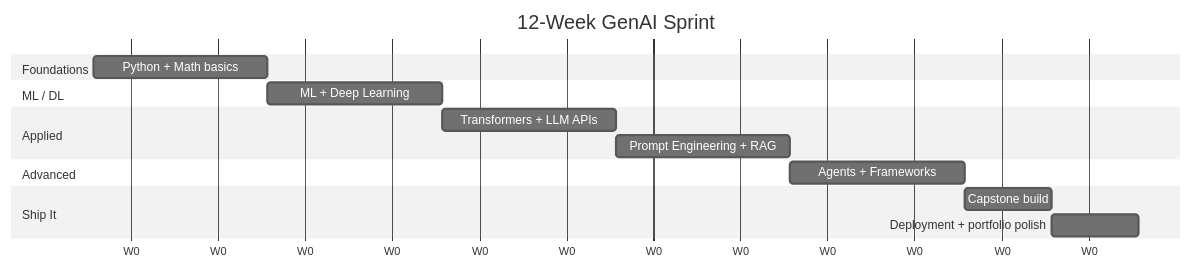
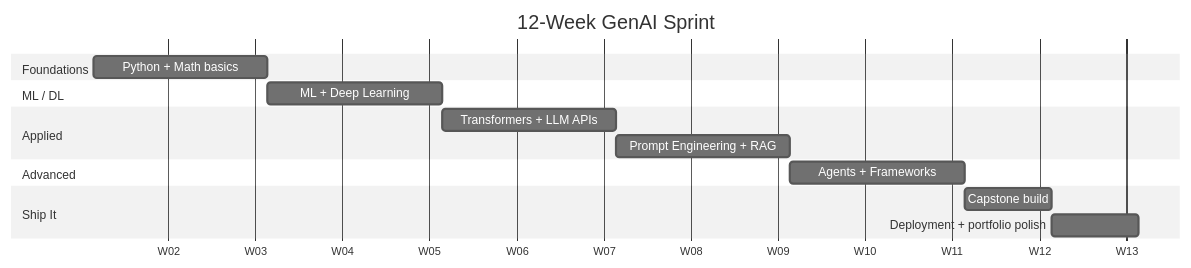
Before and after one commit to purnendu-das-in/genai-roadmap-for-juniors: the seventh of 7 diagrams in README.md, drawn with Mermaid (neutral theme). The commit also changed other lines of this file and 1 other file, not shown here.

Commit message:
fix html issue for diagram

````diff
--- a/README.md
+++ b/README.md
@@ -320,19 +320,19 @@
 ```mermaid
 gantt
     title 12-Week GenAI Sprint
-    dateFormat  X
-    axisFormat  W%w
+    dateFormat  YYYY-MM-DD
+    axisFormat  W%V
 
     section Foundations
-    Python + Math basics            :a1, 0, 2w
+    Python + Math basics            :a1, 2026-01-05, 14d
     section ML / DL
-    ML + Deep Learning              :a2, after a1, 2w
+    ML + Deep Learning              :a2, after a1, 14d
     section Applied
-    Transformers + LLM APIs         :a3, after a2, 2w
-    Prompt Engineering + RAG        :a4, after a3, 2w
+    Transformers + LLM APIs         :a3, after a2, 14d
+    Prompt Engineering + RAG        :a4, after a3, 14d
     section Advanced
-    Agents + Frameworks             :a5, after a4, 2w
+    Agents + Frameworks             :a5, after a4, 14d
     section Ship It
-    Capstone build                  :a6, after a5, 1w
-    Deployment + portfolio polish   :a7, after a6, 1w
+    Capstone build                  :a6, after a5, 7d
+    Deployment + portfolio polish   :a7, after a6, 7d
 ```
````
